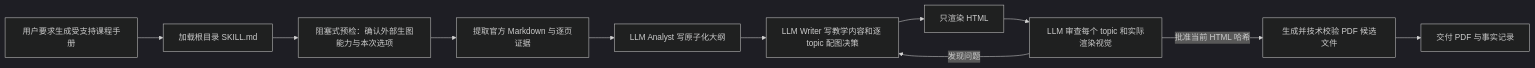
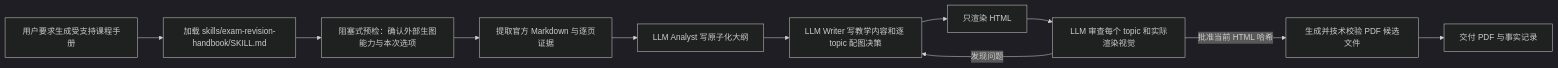
One commit to mianbaofang/exam-revision-handbook changed the second of 2 diagrams in docs/SKILL_EXPLAINED.md. Above: the diagram before and after it, drawn with Mermaid (dark theme). The commit also changed other lines of this file and 139 other files, not shown here.

Commit message:
release: publish exam revision handbook v0.7.3

````diff
--- a/docs/SKILL_EXPLAINED.md
+++ b/docs/SKILL_EXPLAINED.md
@@ -81,13 +83,13 @@
 ```mermaid
 flowchart LR
-  A["用户要求生成受支持课程手册"] --> B["加载根目录 SKILL.md"]
+  A["用户要求生成受支持课程手册"] --> B["加载 skills/exam-revision-handbook/SKILL.md"]
   B --> C["阻塞式预检：确认外部生图能力与本次选项"]
   C --> D["提取官方 Markdown 与逐页证据"]
   D --> E["LLM Analyst 写原子化大纲"]
   E --> F["LLM Writer 写教学内容和逐 topic 配图决策"]
   F --> G["只渲染 HTML"]
   G --> H["LLM 审查每个 topic 和实际渲染视觉"]
   H -->|"发现问题"| F
   H -->|"批准当前 HTML 哈希"| I["生成并技术校验 PDF 候选文件"]
   I --> J["交付 PDF 与事实记录"]
 ```
````
